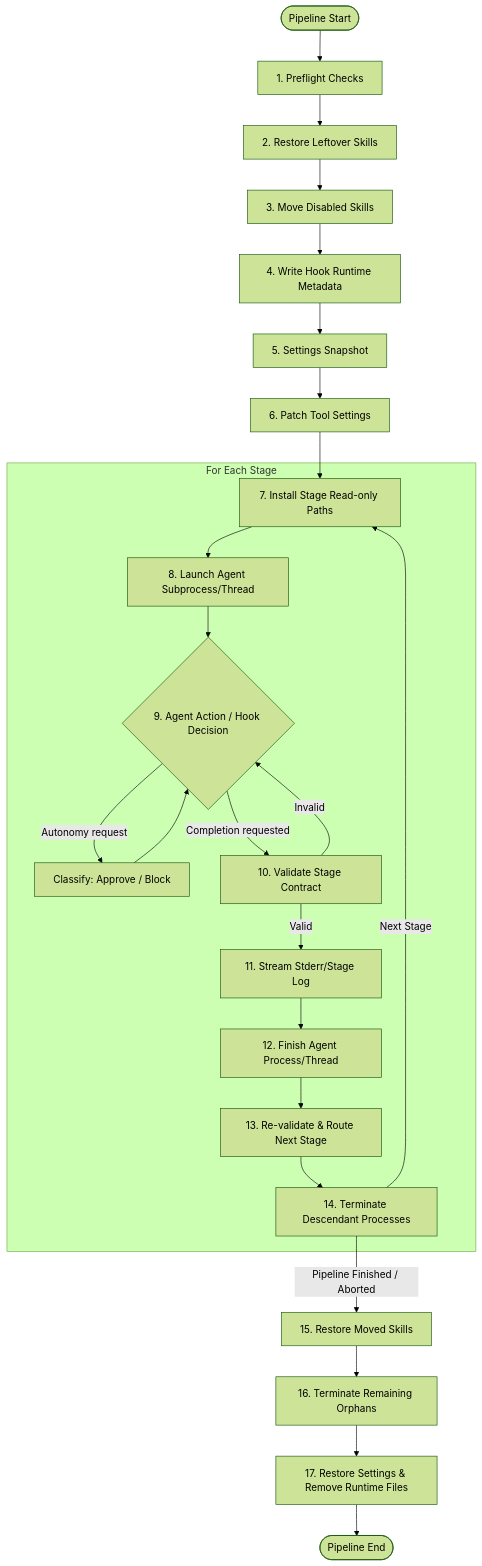
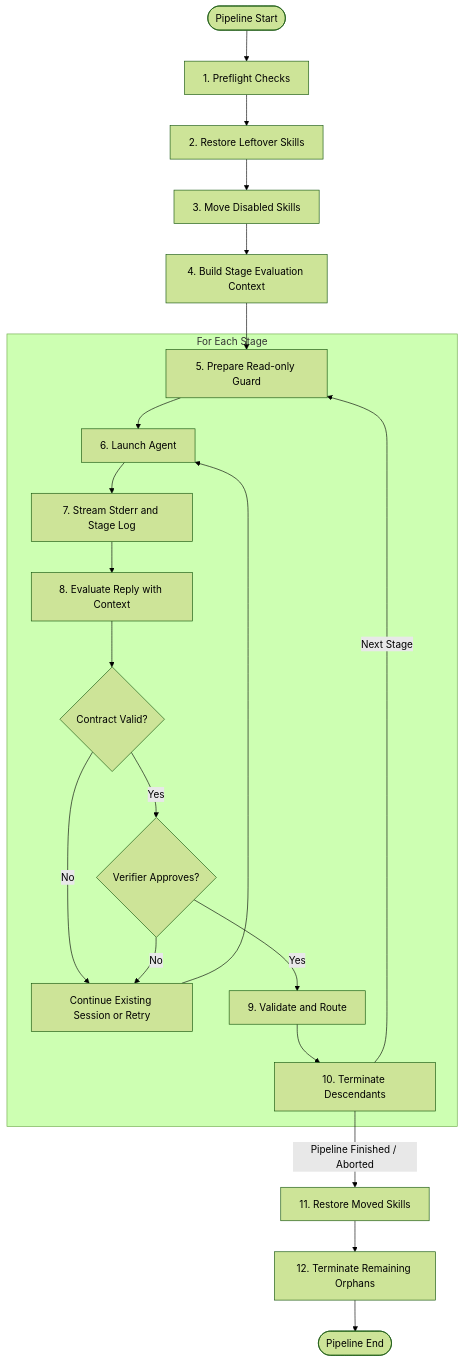
One commit to crzidea/cybervisor-docs changed the first of 2 diagrams in docs/runtime-internals.md. Above: the diagram before and after it, drawn with Mermaid (forest theme). The commit also changed other lines of this file and 19 other files, not shown here.

Commit message:
docs: update documentation for agent hook removal and verifier config

````diff
--- a/docs/runtime-internals.md
+++ b/docs/runtime-internals.md
@@ -13,30 +26,27 @@
 ```mermaid
 graph TD
     Start([Pipeline Start]) --> Preflight[1. Preflight Checks]
     Preflight --> RestoreSkills[2. Restore Leftover Skills]
     RestoreSkills --> MoveDisabled[3. Move Disabled Skills]
-    MoveDisabled --> WriteMetadata[4. Write Hook Runtime Metadata]
-    WriteMetadata --> SnapSettings[5. Settings Snapshot]
-    SnapSettings --> PatchSettings[6. Patch Tool Settings]
-    
+    MoveDisabled --> BuildContext[4. Build Stage Evaluation Context]
+
     subgraph LoopStage ["For Each Stage"]
-        InstallReadOnly[7. Install Stage Read-only Paths] --> LaunchAgent[8. Launch Agent Subprocess/Thread]
-        LaunchAgent --> AgentRun{9. Agent Action / Hook Decision}
-        AgentRun -- Autonomy request --> ClassifyDecision[Classify: Approve / Block]
-        ClassifyDecision --> AgentRun
-        AgentRun -- Completion requested --> ValidateContract[10. Validate Stage Contract]
-        ValidateContract -- Invalid --> AgentRun
-        ValidateContract -- Valid --> StreamOutput[11. Stream Stderr/Stage Log]
-        StreamOutput --> TerminateAgent[12. Finish Agent Process/Thread]
-        TerminateAgent --> CheckRoutes[13. Re-validate & Route Next Stage]
-        CheckRoutes --> CleanDescendants[14. Terminate Descendant Processes]
+        InstallReadOnly[5. Prepare Read-only Guard] --> LaunchAgent[6. Launch Agent]
+        LaunchAgent --> StreamOutput[7. Stream Stderr and Stage Log]
+        StreamOutput --> Evaluate[8. Evaluate Reply with Context]
+        Evaluate --> Contract{Contract Valid?}
+        Contract -- No --> Continue[Continue Existing Session or Retry]
+        Continue --> LaunchAgent
+        Contract -- Yes --> Verify{Verifier Approves?}
+        Verify -- No --> Continue
+        Verify -- Yes --> CheckRoutes[9. Validate and Route]
+        CheckRoutes --> CleanDescendants[10. Terminate Descendants]
     end
-    
-    PatchSettings --> InstallReadOnly
+
+    BuildContext --> InstallReadOnly
     CleanDescendants -- Next Stage --> InstallReadOnly
-    CleanDescendants -- Pipeline Finished / Aborted --> RestoreMoved[15. Restore Moved Skills]
-    
-    RestoreMoved --> CleanOrphans[16. Terminate Remaining Orphans]
-    CleanOrphans --> RestoreEnv[17. Restore Settings & Remove Runtime Files]
-    RestoreEnv --> End([Pipeline End])
+     CleanDescendants -- Pipeline Finished / Aborted --> RestoreMoved[11. Restore Moved Skills]
+
+    RestoreMoved --> CleanOrphans[12. Terminate Remaining Orphans]
+    CleanOrphans --> End([Pipeline End])
 ```
````
